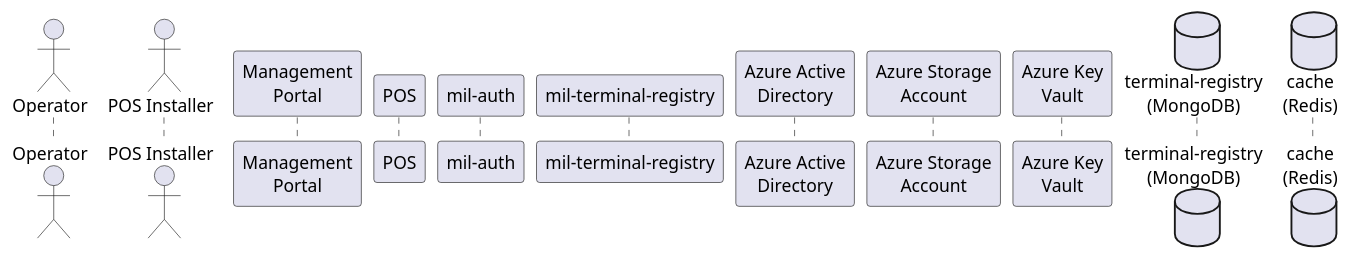
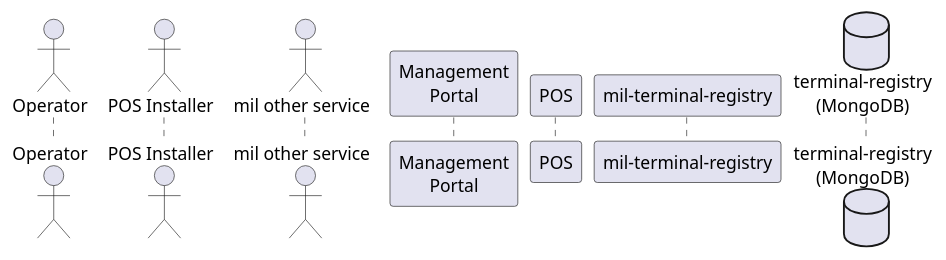
Before and after one commit to pagopa/mil-diags: the diagram in sequence_diags/pagoPA/pos_management/actors.puml, drawn with PlantUML. The commit also changed 30 other files, not shown here.

```diff
--- a/sequence_diags/pagoPA/pos_management/actors.puml
+++ b/sequence_diags/pagoPA/pos_management/actors.puml
@@ -1,15 +1,10 @@
 actor "Operator" as operator
 actor "POS Installer" as installer
+actor "mil other service" as other
 
 participant "Management\nPortal" as management
 participant "POS" as pos
 
-participant "mil-auth" as mil_auth
 participant "mil-terminal-registry" as mil_registry
 
-participant "Azure Active\nDirectory" as azure_ad
-participant "Azure Storage\nAccount" as azure_st
-participant "Azure Key\nVault" as azure_kv
-
 database "terminal-registry\n(MongoDB)" as registry
-database "cache\n(Redis)" as cache
```
